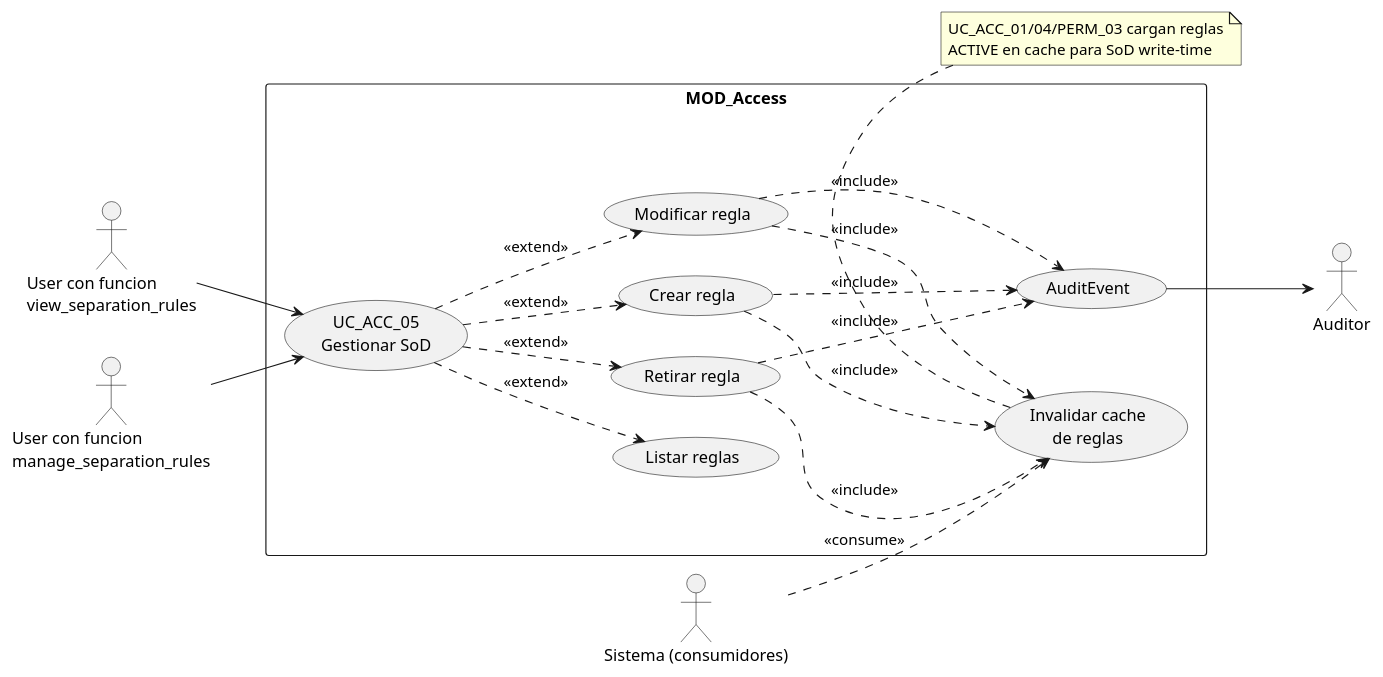
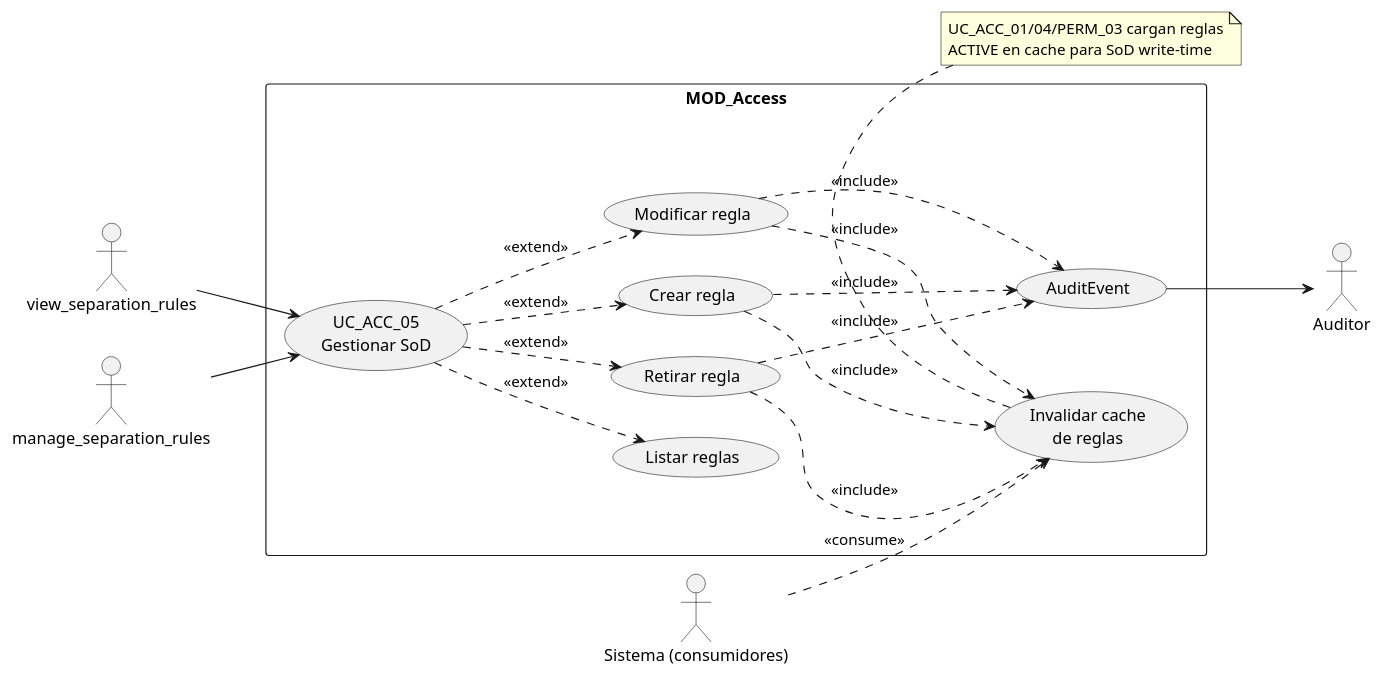
Before and after one commit to jcg-admin/IACT-docs: the first of 4 diagrams in source/requisitos/casos-uso/access/uc-acc-05/diagramas-uml.rst, drawn with PlantUML. The commit also changed 77 other files, not shown here.

First line of the commit message:
Enforce RBAC function names as actors in all UML diagrams

```diff
--- a/source/requisitos/casos-uso/access/uc-acc-05/diagramas-uml.rst
+++ b/source/requisitos/casos-uso/access/uc-acc-05/diagramas-uml.rst
@@ -10,42 +10,42 @@
 .. uml::
  :caption: UC_ACC_05 — actores y casos asociados
 
  @startuml
  left to right direction
 
- actor "User con funcion\nview_separation_rules" as VIEWER
- actor "User con funcion\nmanage_separation_rules" as MANAGER
+ actor "view_separation_rules" as VIEWER
+ actor "manage_separation_rules" as MANAGER
  actor "Auditor" as AUD
  actor "Sistema (consumidores)" as SYS
 
  rectangle "MOD_Access" {
    usecase "UC_ACC_05\nGestionar SoD" as UC05
    usecase "Listar reglas" as LST
    usecase "Crear regla" as UCCRE
    usecase "Modificar regla" as UCMOD
    usecase "Retirar regla" as UCRET
    usecase "AuditEvent" as EMI
    usecase "Invalidar cache\nde reglas" as CACHE
  }
 
  VIEWER --> UC05
  MANAGER --> UC05
  UC05 ..> LST : <<extend>>
  UC05 ..> UCCRE : <<extend>>
  UC05 ..> UCMOD : <<extend>>
  UC05 ..> UCRET : <<extend>>
  UCCRE ..> EMI : <<include>>
  UCMOD ..> EMI : <<include>>
  UCRET ..> EMI : <<include>>
  UCCRE ..> CACHE : <<include>>
  UCMOD ..> CACHE : <<include>>
  UCRET ..> CACHE : <<include>>
  EMI --> AUD
  SYS ..> CACHE : <<consume>>
 
  note bottom of CACHE
    UC_ACC_01/04/PERM_03 cargan reglas
    ACTIVE en cache para SoD write-time
  end note
 
  @enduml
```
